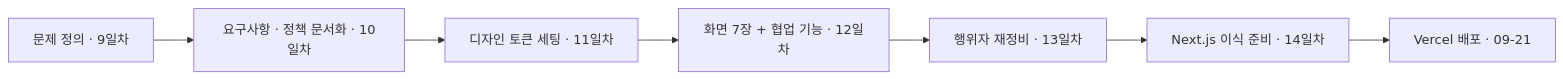
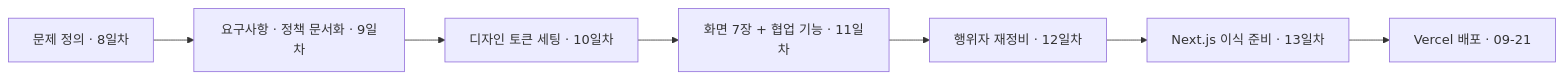
One commit to paaaraaaeaaa/my-blog changed the first of 2 diagrams in _posts/Projects/2026-09-22-pinder.md. Above: the diagram before and after it, drawn with Mermaid. The commit also changed other lines of this file and 24 other files, not shown here.

````diff
--- a/_posts/Projects/2026-09-22-pinder.md
+++ b/_posts/Projects/2026-09-22-pinder.md
@@ -83,9 +83,9 @@
 ```mermaid
 flowchart LR
-    A[문제 정의 · 9일차] --> B[요구사항 · 정책 문서화 · 10일차]
-    B --> C[디자인 토큰 세팅 · 11일차]
-    C --> D[화면 7장 + 협업 기능 · 12일차]
-    D --> E[행위자 재정비 · 13일차]
-    E --> F[Next.js 이식 준비 · 14일차]
+    A[문제 정의 · 8일차] --> B[요구사항 · 정책 문서화 · 9일차]
+    B --> C[디자인 토큰 세팅 · 10일차]
+    C --> D[화면 7장 + 협업 기능 · 11일차]
+    D --> E[행위자 재정비 · 12일차]
+    E --> F[Next.js 이식 준비 · 13일차]
     F --> G[Vercel 배포 · 09-21]
 ```
````
